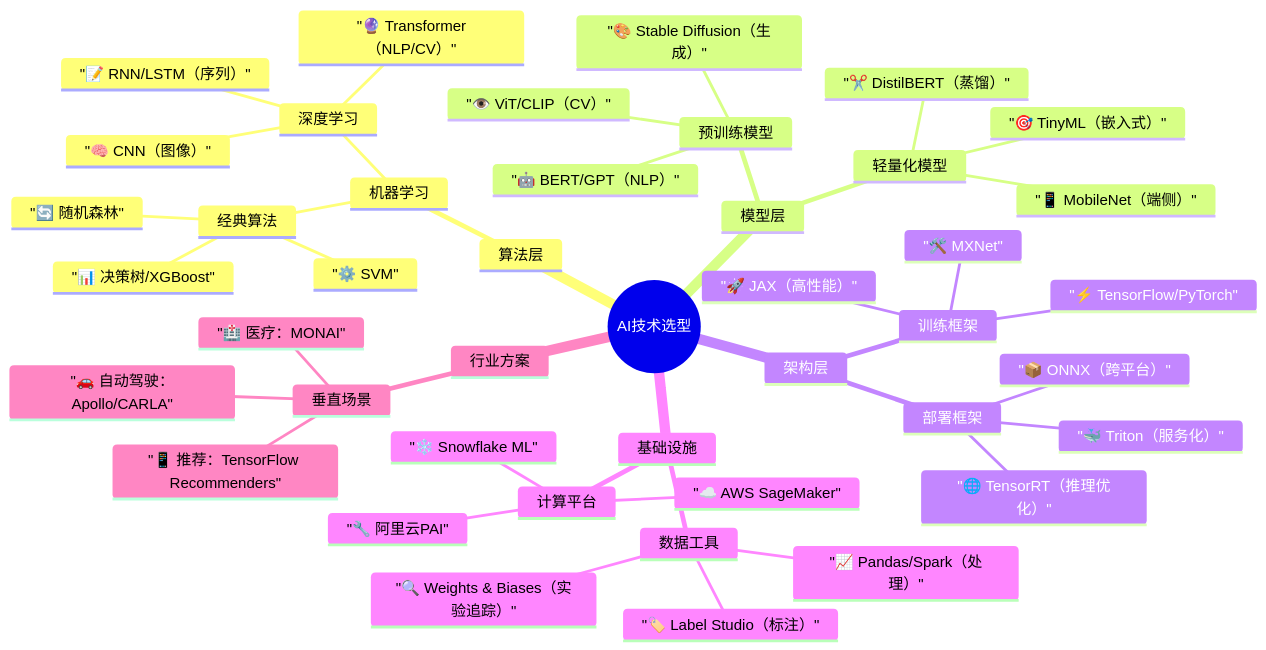
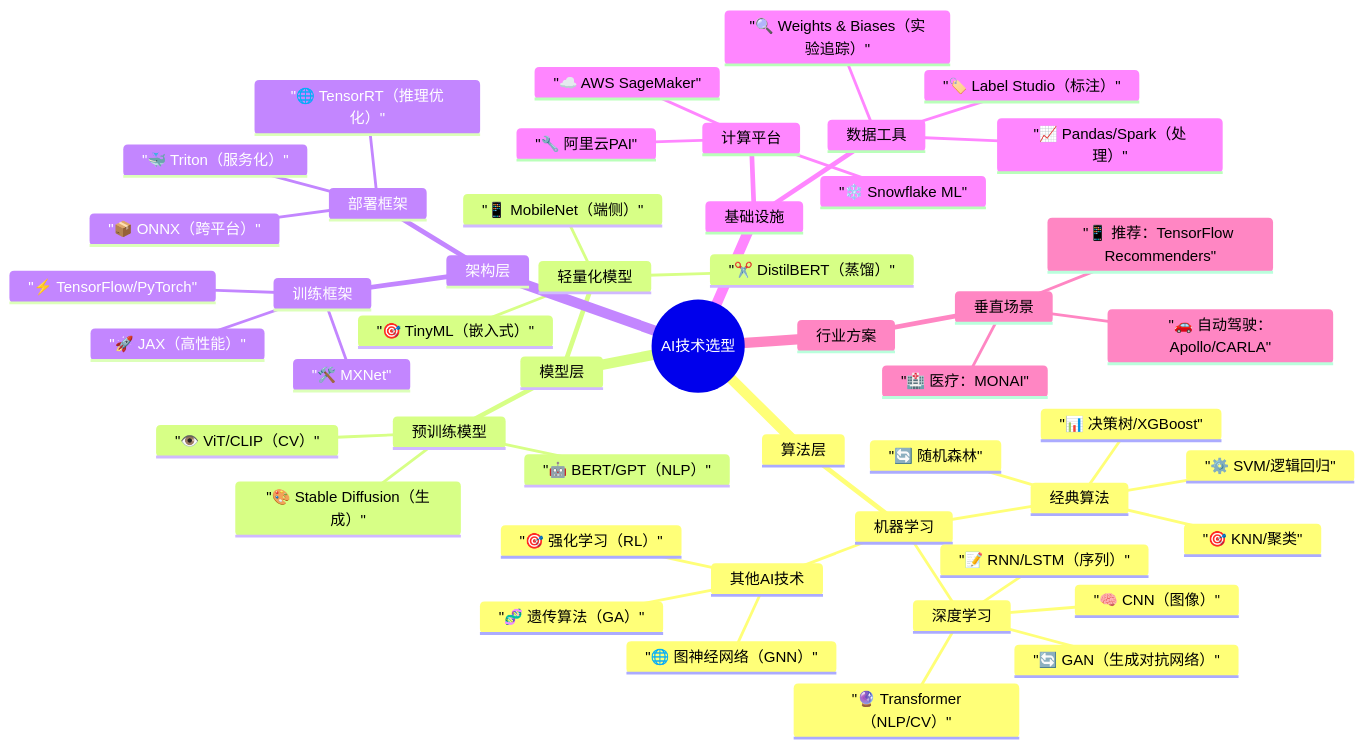
One commit to thedeathsheep/pocaster.github.io changed the first of 10 diagrams in _posts/2024-01-25-AI技术选型.md. Above: the diagram before and after it, drawn with Mermaid. The commit also changed 9 other files, not shown here.

```diff
--- a/_posts/2024-01-25-AI技术选型.md
+++ b/_posts/2024-01-25-AI技术选型.md
@@ -15,46 +15,52 @@
 <div class="mermaid">
 mindmap
   root((AI技术选型))
     算法层
       机器学习
         经典算法
           "📊 决策树/XGBoost"
           "🔄 随机森林"
-          "⚙️ SVM"
+          "⚙️ SVM/逻辑回归"
+          "🎯 KNN/聚类"
         深度学习
           "🧠 CNN（图像）"
           "📝 RNN/LSTM（序列）"
           "🔮 Transformer（NLP/CV）"
+          "🔄 GAN（生成对抗网络）"
+        其他AI技术
+          "🎯 强化学习（RL）"
+          "🧬 遗传算法（GA）"
+          "🌐 图神经网络（GNN）"
     模型层
       预训练模型
         "🤖 BERT/GPT（NLP）"
         "👁️ ViT/CLIP（CV）"
         "🎨 Stable Diffusion（生成）"
       轻量化模型
         "📱 MobileNet（端侧）"
         "✂️ DistilBERT（蒸馏）"
         "🎯 TinyML（嵌入式）"
     架构层
       训练框架
         "⚡ TensorFlow/PyTorch"
         "🚀 JAX（高性能）"
         "🛠️ MXNet"
       部署框架
         "📦 ONNX（跨平台）"
         "🐳 Triton（服务化）"
         "🌐 TensorRT（推理优化）"
     基础设施
       计算平台
         "☁️ AWS SageMaker"
         "❄️ Snowflake ML"
         "🔧 阿里云PAI"
       数据工具
         "📈 Pandas/Spark（处理）"
         "🏷️ Label Studio（标注）"
         "🔍 Weights & Biases（实验追踪）"
     行业方案
       垂直场景
         "🏥 医疗：MONAI"
         "📱 推荐：TensorFlow Recommenders"
         "🚗 自动驾驶：Apollo/CARLA"
 </div>
```
